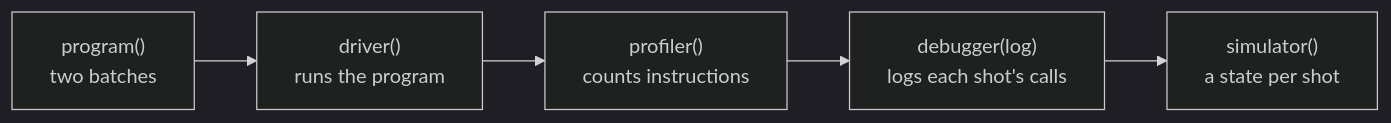
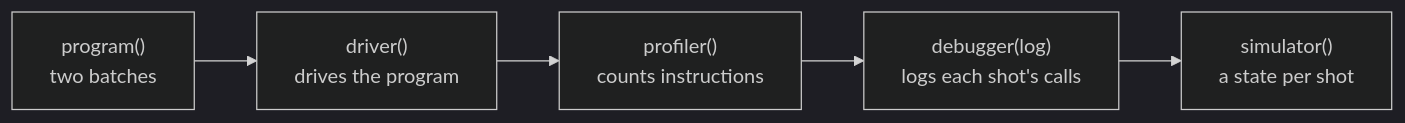
Before and after one commit to microsoft/qdk: the first of 2 diagrams in source/executor_protocol/README.md, drawn with Mermaid (dark theme). The commit also changed other lines of this file and 38 other files, not shown here.

````diff
--- a/source/executor_protocol/README.md
+++ b/source/executor_protocol/README.md
@@ -198,7 +198,7 @@
 ```mermaid
 flowchart LR
-  P["program()<br/>two batches"] --> I["driver()<br/>runs the program"]
+  P["program()<br/>two batches"] --> I["driver()<br/>drives the program"]
   I --> F["profiler()<br/>counts instructions"]
   F --> D["debugger(log)<br/>logs each shot's calls"]
   D --> S["simulator()<br/>a state per shot"]
 ```
````
